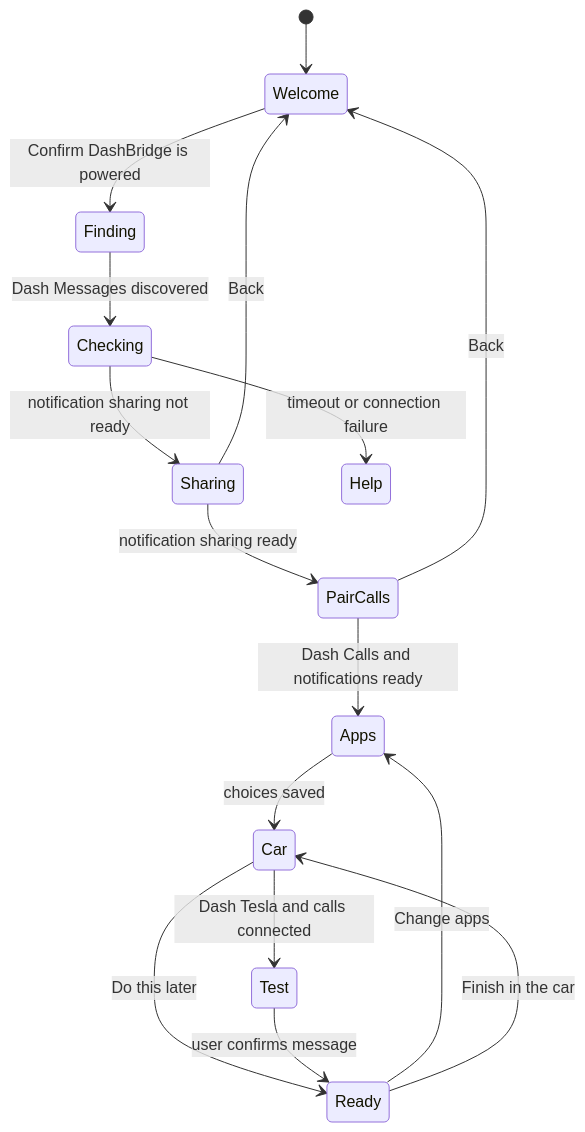
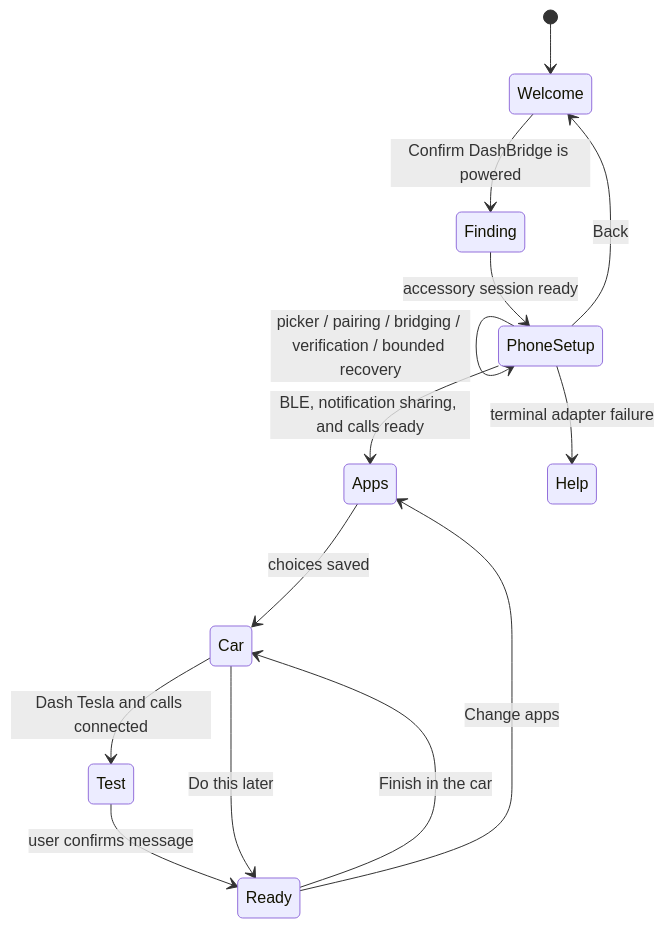
One commit to thomasgregg/DashBridge changed the second of 2 diagrams in ios/ARCHITECTURE.md. Above: the diagram before and after it, drawn with Mermaid. The commit also changed other lines of this file and 12 other files, not shown here.

````diff
--- a/ios/ARCHITECTURE.md
+++ b/ios/ARCHITECTURE.md
@@ -63,18 +66,16 @@
 ```mermaid
 stateDiagram-v2
     [*] --> Welcome
     Welcome --> Finding: Confirm DashBridge is powered
-    Finding --> Checking: Dash Messages discovered
-    Checking --> Sharing: notification sharing not ready
-    Sharing --> PairCalls: notification sharing ready
-    PairCalls --> Apps: Dash Calls and notifications ready
+    Finding --> PhoneSetup: accessory session ready
+    PhoneSetup --> PhoneSetup: picker / pairing / bridging / verification / bounded recovery
+    PhoneSetup --> Apps: BLE, notification sharing, and calls ready
     Apps --> Car: choices saved
     Car --> Test: Dash Tesla and calls connected
     Car --> Ready: Do this later
     Test --> Ready: user confirms message
     Ready --> Apps: Change apps
     Ready --> Car: Finish in the car
-    Checking --> Help: timeout or connection failure
-    Sharing --> Welcome: Back
-    PairCalls --> Welcome: Back
+    PhoneSetup --> Help: terminal adapter failure
+    PhoneSetup --> Welcome: Back
 ```
````
